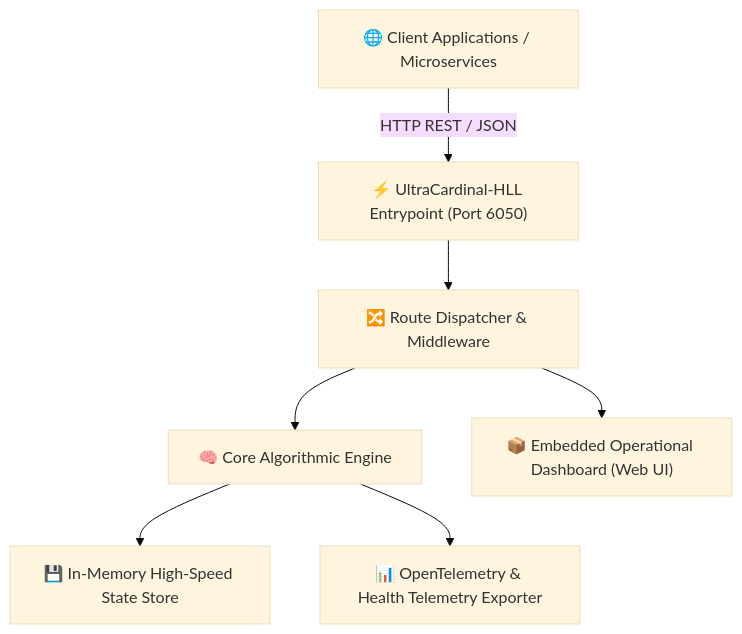
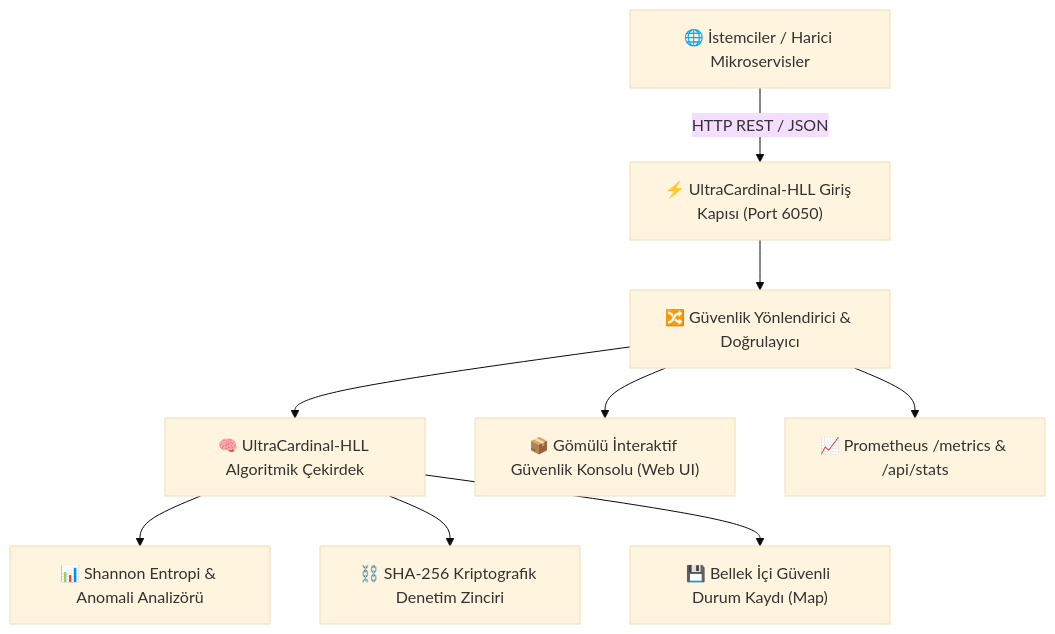
The diagram in README.md (alinurettin/UltraCardinal-HLL), drawn with Mermaid (base theme) before and after one commit. The commit also changed other lines of this file and 3 other files, not shown here.

````diff
--- a/README.md
+++ b/README.md
@@ -22,9 +53,11 @@
 ```mermaid
 flowchart TD
-    Client["🌐 Client Applications / Microservices"] -->|HTTP REST / JSON| Gateway["⚡ UltraCardinal-HLL Entrypoint (Port 6050)"]
-    Gateway --> Router["🔀 Route Dispatcher & Middleware"]
-    Router --> Engine["🧠 Core Algorithmic Engine"]
-    Engine --> Storage["💾 In-Memory High-Speed State Store"]
-    Router --> Static["📦 Embedded Operational Dashboard (Web UI)"]
-    Engine --> Metrics["📊 OpenTelemetry & Health Telemetry Exporter"]
+    Client["🌐 İstemciler / Harici Mikroservisler"] -->|HTTP REST / JSON| Entrypoint["⚡ UltraCardinal-HLL Giriş Kapısı (Port 6050)"]
+    Entrypoint --> Dispatcher["🔀 Güvenlik Yönlendirici & Doğrulayıcı"]
+    Dispatcher --> CoreEngine["🧠 UltraCardinal-HLL Algoritmik Çekirdek"]
+    CoreEngine --> Entropy["📊 Shannon Entropi & Anomali Analizörü"]
+    CoreEngine --> HashChain["⛓️ SHA-256 Kriptografik Denetim Zinciri"]
+    CoreEngine --> Storage["💾 Bellek İçi Güvenli Durum Kaydı (Map)"]
+    Dispatcher --> WebUI["📦 Gömülü İnteraktif Güvenlik Konsolu (Web UI)"]
+    Dispatcher --> Telemetry["📈 Prometheus /metrics & /api/stats"]
 ```
````
